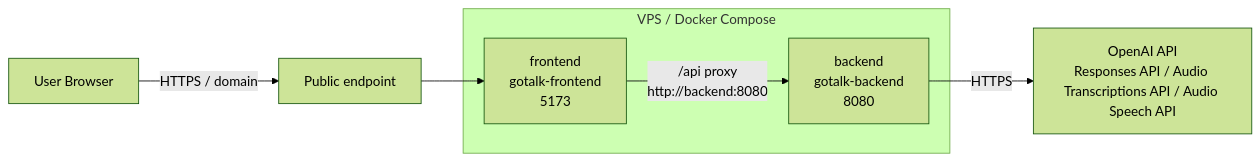
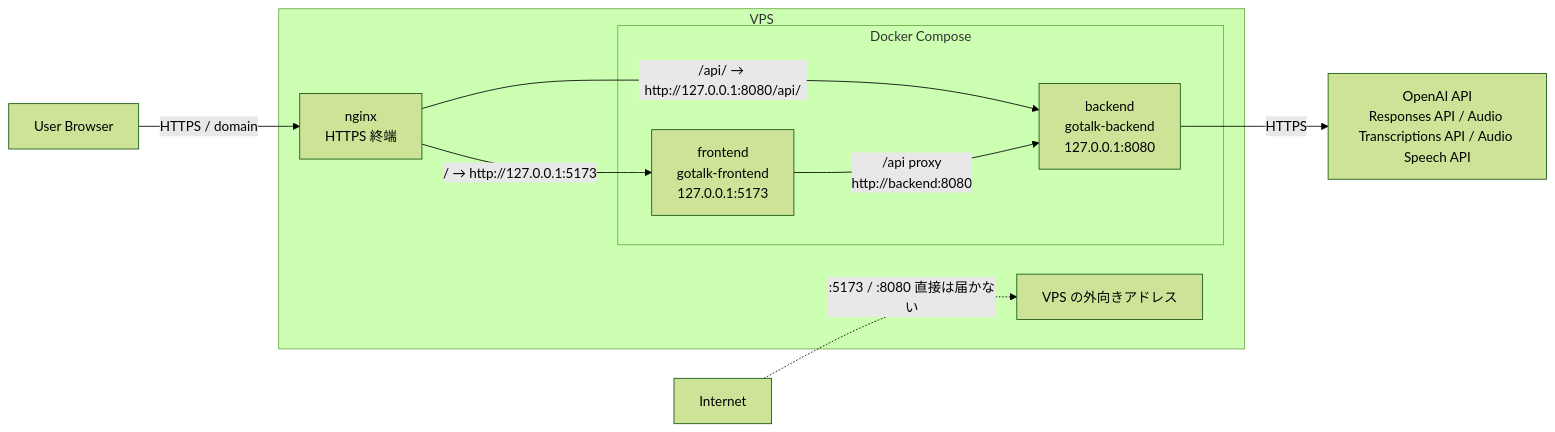
Before and after one commit to shin-arita/gotalk: the diagram in docs/infrastructure.md, drawn with Mermaid (forest theme). The commit also changed other lines of this file and 5 other files, not shown here.

````diff
--- a/docs/infrastructure.md
+++ b/docs/infrastructure.md
@@ -34,12 +45,18 @@
 ```mermaid
 flowchart LR
-  User[User Browser] -->|HTTPS / domain| Public[Public endpoint]
-  Public --> Frontend[frontend<br/>gotalk-frontend<br/>5173]
-  Frontend -->|/api proxy<br/>http://backend:8080| Backend[backend<br/>gotalk-backend<br/>8080]
+  User[User Browser] -->|HTTPS / domain| Nginx[nginx<br/>HTTPS 終端]
+  Internet[Internet] -.->|:5173 / :8080 直接は届かない| VPSHost[VPS の外向きアドレス]
+  Nginx -->|/ → http://127.0.0.1:5173| Frontend[frontend<br/>gotalk-frontend<br/>127.0.0.1:5173]
+  Nginx -->|/api/ → http://127.0.0.1:8080/api/| Backend[backend<br/>gotalk-backend<br/>127.0.0.1:8080]
+  Frontend -->|/api proxy<br/>http://backend:8080| Backend
   Backend -->|HTTPS| OpenAI[OpenAI API<br/>Responses API / Audio Transcriptions API / Audio Speech API]
 
-  subgraph VPS[VPS / Docker Compose]
-    Frontend
-    Backend
+  subgraph VPS[VPS]
+    Nginx
+    VPSHost
+    subgraph Compose[Docker Compose]
+      Frontend
+      Backend
+    end
   end
 ```
````
